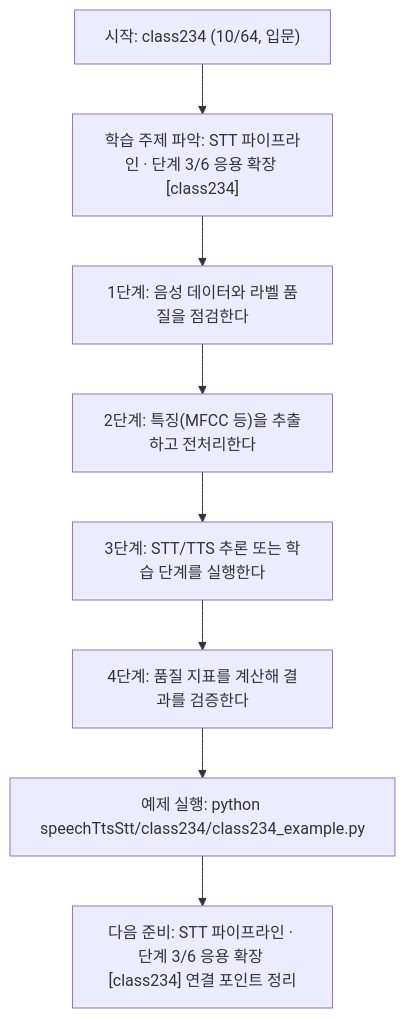
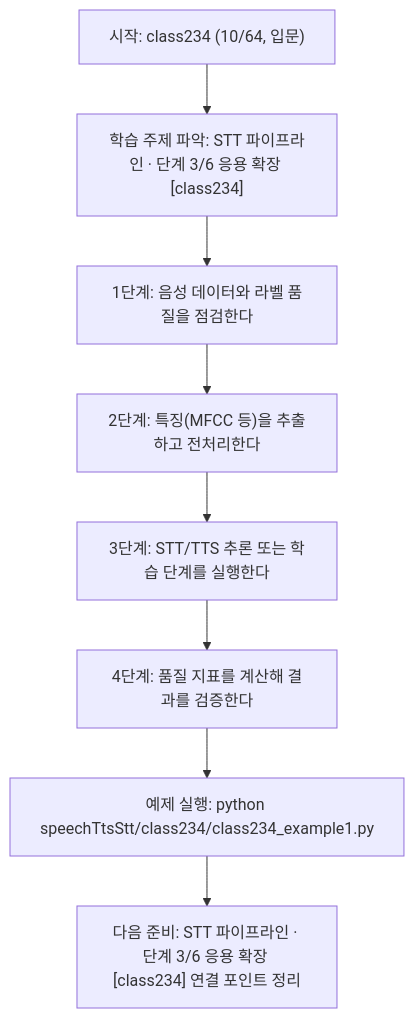
The diagram in speechTtsStt/class234/class234.md (edumgt/Python-AI_Agent-Class), drawn with Mermaid before and after one commit. The commit also changed other lines of this file and 2959 other files, not shown here.

````diff
--- a/speechTtsStt/class234/class234.md
+++ b/speechTtsStt/class234/class234.md
@@ -113,18 +113,18 @@
 ```mermaid
 flowchart TD
 N1["시작: class234 (10/64, 입문)"]
 N2["학습 주제 파악: STT 파이프라인 · 단계 3/6 응용 확장 [class234]"]
 N3["1단계: 음성 데이터와 라벨 품질을 점검한다"]
 N4["2단계: 특징(MFCC 등)을 추출하고 전처리한다"]
 N5["3단계: STT/TTS 추론 또는 학습 단계를 실행한다"]
 N6["4단계: 품질 지표를 계산해 결과를 검증한다"]
-N7["예제 실행: python speechTtsStt/class234/class234_example.py"]
+N7["예제 실행: python speechTtsStt/class234/class234_example1.py"]
 N8["다음 준비: STT 파이프라인 · 단계 3/6 응용 확장 [class234] 연결 포인트 정리"]
 N1 --> N2
 N2 --> N3
 N3 --> N4
 N4 --> N5
 N5 --> N6
 N6 --> N7
 N7 --> N8
 ```
````
